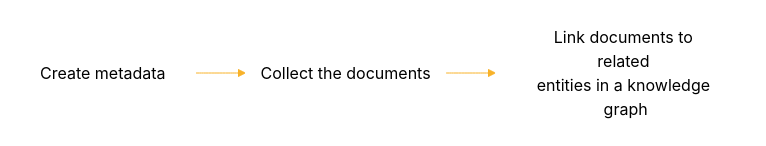
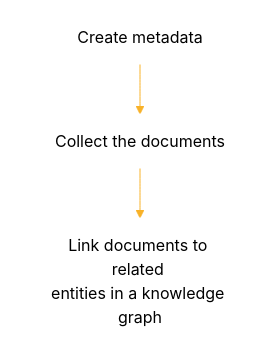
One commit to know-systemic-racism/legal-design changed the diagram in index.qmd. Above: the diagram before and after it, drawn with Mermaid.

Commit message:
modify diagram

````diff
--- a/index.qmd
+++ b/index.qmd
@@ -27,19 +27,20 @@
 ```{mermaid}
 %%{
   init: {
     'theme': 'base',
     'themeVariables': {
       'primaryColor': '#fff',
       'primaryTextColor': '#000',
       'primaryBorderColor': '#fff',
       'lineColor': '#F8B229'
     }
   }
 }%%
 
-flowchart LR
+flowchart TD
 %%| fig-width: 6.5
+%%| fig-align: center
   A[Create metadata]-->B(Collect the documents)
   B-->C[Link documents to related </br>entities in a knowledge graph]
 
 ```
````
